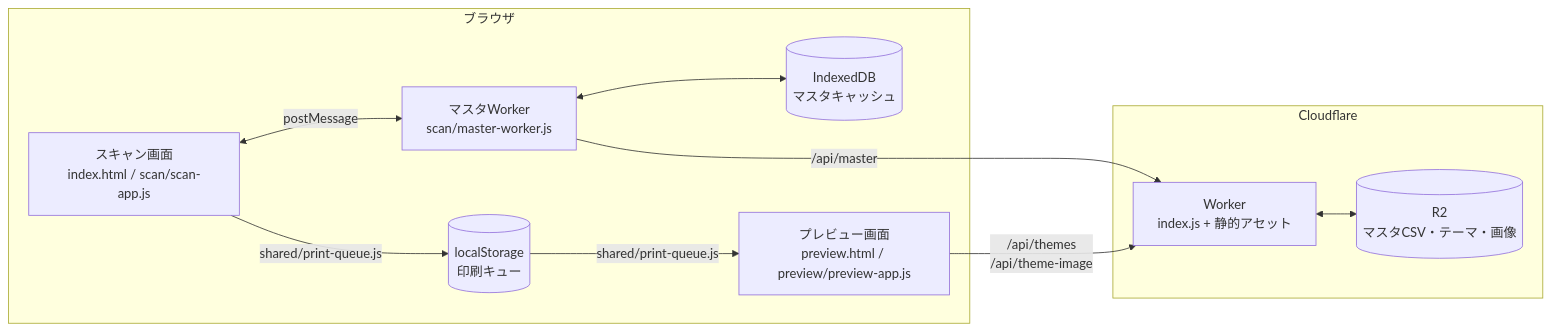
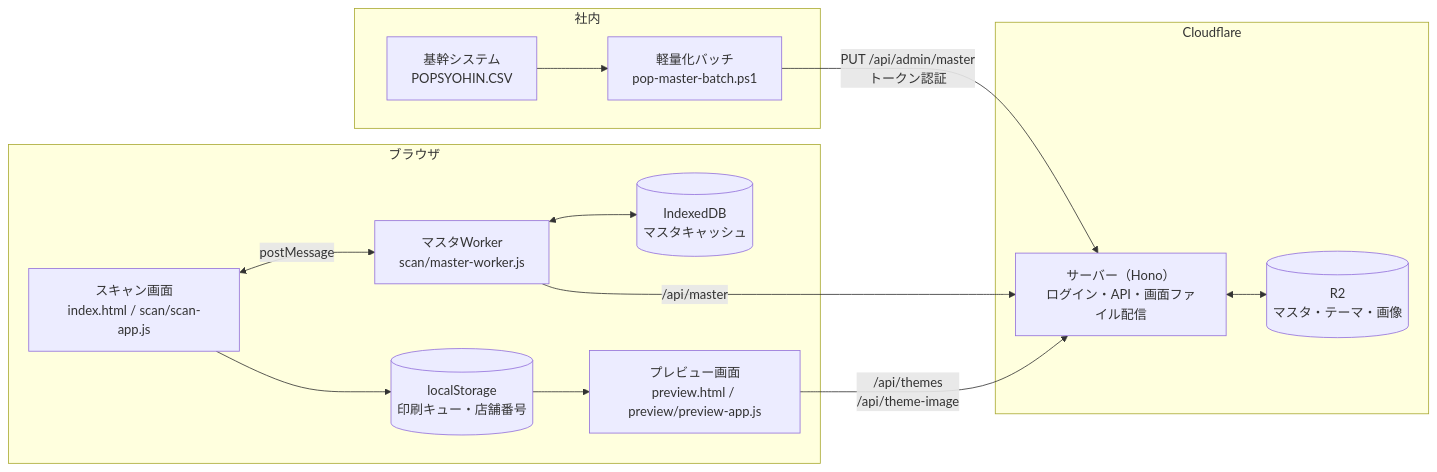
Before and after one commit to tana31/pop-system-document: the first of 2 diagrams in POP作成システム_技術ドキュメント.md, drawn with Mermaid. The commit also changed other lines of this file, not shown here.

````diff
--- a/POP作成システム_技術ドキュメント.md
+++ b/POP作成システム_技術ドキュメント.md
@@ -21,21 +23,27 @@
 ```mermaid
 flowchart LR
+  subgraph Office[社内]
+    Core[基幹システム<br>POPSYOHIN.CSV]
+    Batch[軽量化バッチ<br>pop-master-batch.ps1]
+  end
   subgraph Browser[ブラウザ]
     Scan[スキャン画面<br>index.html / scan/scan-app.js]
     MW[マスタWorker<br>scan/master-worker.js]
     IDB[(IndexedDB<br>マスタキャッシュ)]
-    LS[(localStorage<br>印刷キュー)]
+    LS[(localStorage<br>印刷キュー・店舗番号)]
     Prev[プレビュー画面<br>preview.html / preview/preview-app.js]
   end
   subgraph CF[Cloudflare]
-    W[Worker<br>index.js + 静的アセット]
-    R2[(R2<br>マスタCSV・テーマ・画像)]
+    W[サーバー（Hono）<br>ログイン・API・画面ファイル配信]
+    R2[(R2<br>マスタ・テーマ・画像)]
   end
+  Core --> Batch
+  Batch -->|PUT /api/admin/master<br>トークン認証| W
   Scan <-->|postMessage| MW
   MW <--> IDB
   MW -->|/api/master| W
-  Scan -->|shared/print-queue.js| LS
-  LS -->|shared/print-queue.js| Prev
+  Scan --> LS
+  LS --> Prev
   Prev -->|/api/themes<br>/api/theme-image| W
   W <--> R2
 ```
````
